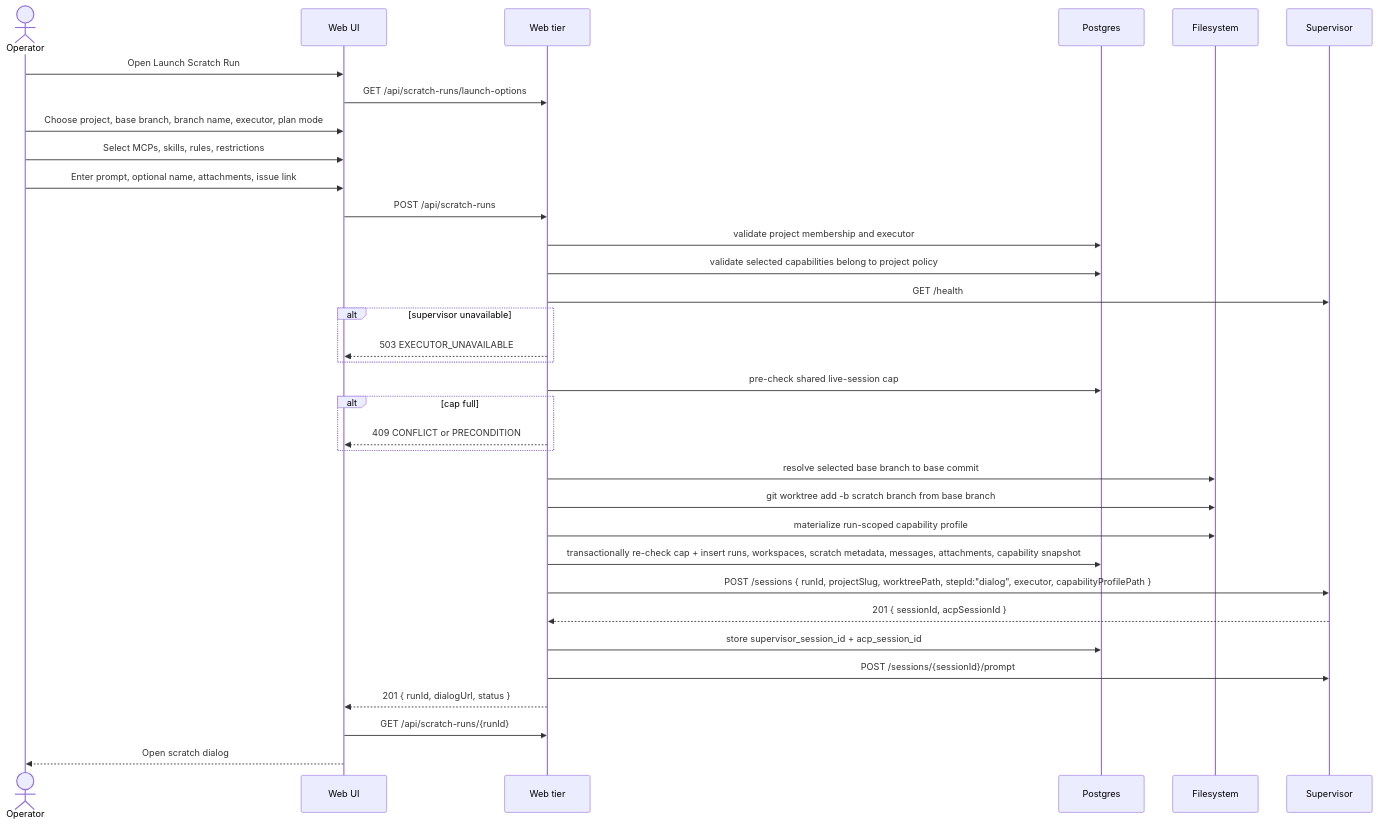
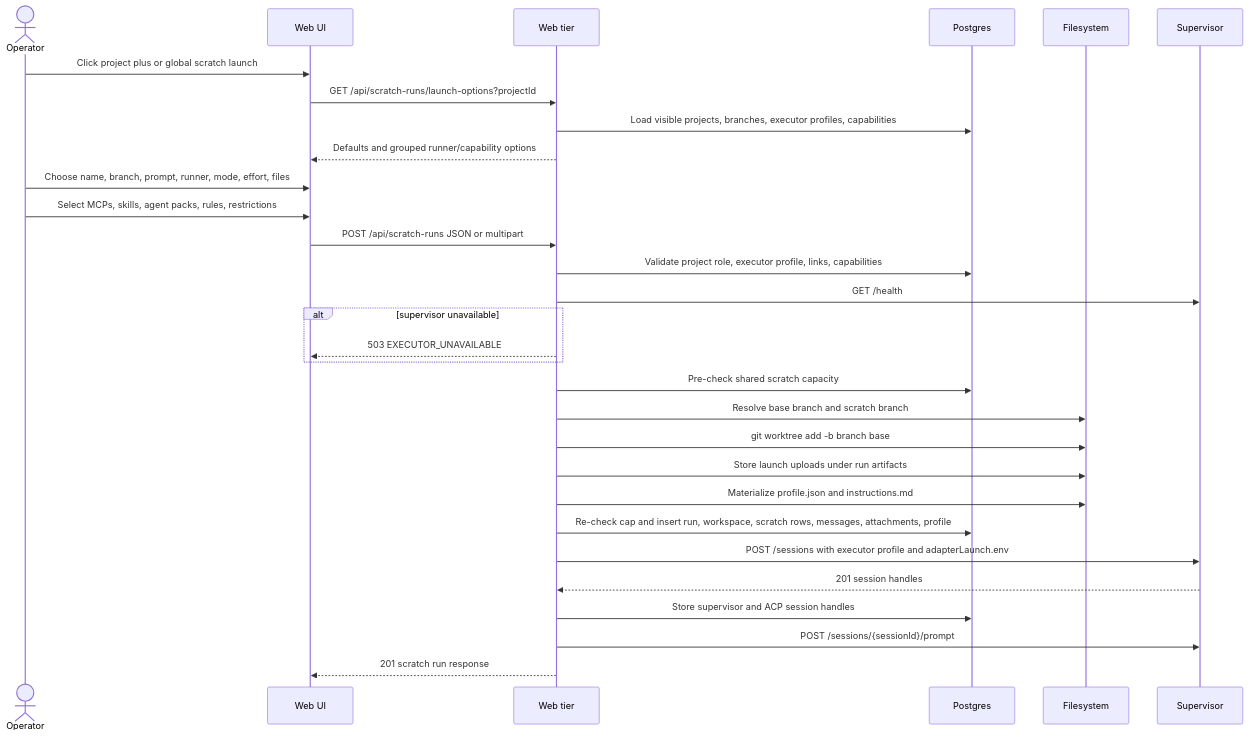
Before and after one commit to maister-dev/maister: the second of 5 diagrams in docs/system-analytics/scratch-runs.md, drawn with Mermaid. The commit also changed other lines of this file and 46 other files, not shown here.

First line of the commit message:
feat: add scratch workspace launch dialogs

````diff
--- a/docs/system-analytics/scratch-runs.md
+++ b/docs/system-analytics/scratch-runs.md
@@ -115,37 +111,33 @@
 ```mermaid
 sequenceDiagram
     actor U as Operator
     participant UI as Web UI
     participant W as Web tier
     participant DB as Postgres
     participant FS as Filesystem
     participant SV as Supervisor
 
-    U->>UI: Open Launch Scratch Run
-    UI->>W: GET /api/scratch-runs/launch-options
-    U->>UI: Choose project, base branch, branch name, executor, plan mode
-    U->>UI: Select MCPs, skills, rules, restrictions
-    U->>UI: Enter prompt, optional name, attachments, issue link
-    UI->>W: POST /api/scratch-runs
-    W->>DB: validate project membership and executor
-    W->>DB: validate selected capabilities belong to project policy
+    U->>UI: Click project plus or global scratch launch
+    UI->>W: GET /api/scratch-runs/launch-options?projectId
+    W->>DB: Load visible projects, branches, executor profiles, capabilities
+    W-->>UI: Defaults and grouped runner/capability options
+    U->>UI: Choose name, branch, prompt, runner, mode, effort, files
+    U->>UI: Select MCPs, skills, agent packs, rules, restrictions
+    UI->>W: POST /api/scratch-runs JSON or multipart
+    W->>DB: Validate project role, executor profile, links, capabilities
     W->>SV: GET /health
     alt supervisor unavailable
         W-->>UI: 503 EXECUTOR_UNAVAILABLE
     end
-    W->>DB: pre-check shared live-session cap
-    alt cap full
-        W-->>UI: 409 CONFLICT or PRECONDITION
-    end
-    W->>FS: resolve selected base branch to base commit
-    W->>FS: git worktree add -b scratch branch from base branch
-    W->>FS: materialize run-scoped capability profile
-    W->>DB: transactionally re-check cap + insert runs, workspaces, scratch metadata, messages, attachments, capability snapshot
-    W->>SV: POST /sessions { runId, projectSlug, worktreePath, stepId:"dialog", executor, capabilityProfilePath }
-    SV-->>W: 201 { sessionId, acpSessionId }
-    W->>DB: store supervisor_session_id + acp_session_id
+    W->>DB: Pre-check shared scratch capacity
+    W->>FS: Resolve base branch and scratch branch
+    W->>FS: git worktree add -b branch base
+    W->>FS: Store launch uploads under run artifacts
+    W->>FS: Materialize profile.json and instructions.md
+    W->>DB: Re-check cap and insert run, workspace, scratch rows, messages, attachments, profile
+    W->>SV: POST /sessions with executor profile and adapterLaunch.env
+    SV-->>W: 201 session handles
+    W->>DB: Store supervisor and ACP session handles
     W->>SV: POST /sessions/{sessionId}/prompt
-    W-->>UI: 201 { runId, dialogUrl, status }
-    UI->>W: GET /api/scratch-runs/{runId}
-    UI-->>U: Open scratch dialog
+    W-->>UI: 201 scratch run response
 ```
````
